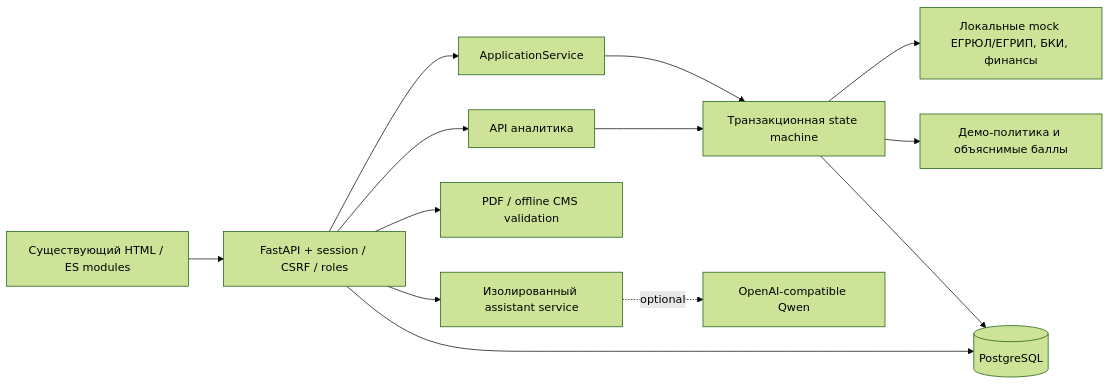
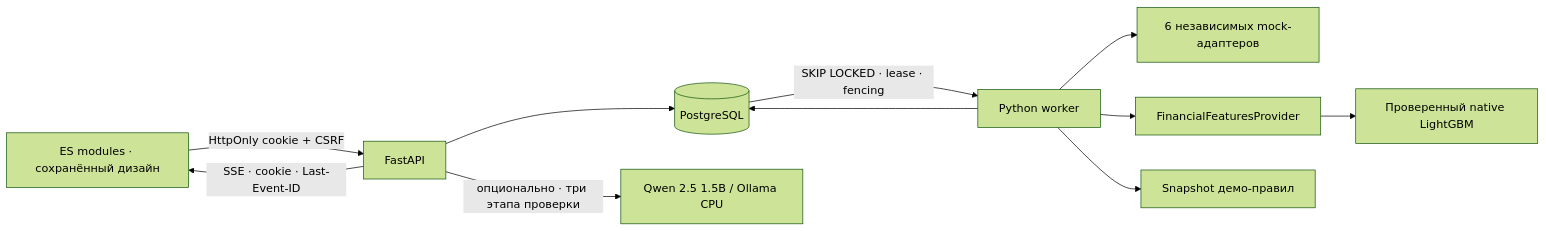
The first of 3 diagrams in docs/design.md (r7zex/alfa-hack-2026), drawn with Mermaid (forest theme) before and after one commit. The commit also changed other lines of this file and 94 other files, not shown here.

````diff
--- a/docs/design.md
+++ b/docs/design.md
@@ -3,15 +3,13 @@
 ```mermaid
 flowchart LR
-  UI[Существующий HTML / ES modules] --> API[FastAPI + session / CSRF / roles]
-  API --> Draft[ApplicationService]
-  API --> Analyst[API аналитика]
-  Draft --> Workflow[Транзакционная state machine]
-  Analyst --> Workflow
-  Workflow --> Sources[Локальные mock ЕГРЮЛ/ЕГРИП, БКИ, финансы]
-  Workflow --> Policy[Демо-политика и объяснимые баллы]
-  API --> PDF[PDF / offline CMS validation]
-  API --> Chat[Изолированный assistant service]
-  Chat -. optional .-> Qwen[OpenAI-compatible Qwen]
+  UI[ES modules · сохранённый дизайн] -->|HttpOnly cookie + CSRF| API[FastAPI]
   API --> PG[(PostgreSQL)]
-  Workflow --> PG
+  API -->|SSE · cookie · Last-Event-ID| UI
+  PG -->|SKIP LOCKED · lease · fencing| Worker[Python worker]
+  Worker --> Sources[6 независимых mock-адаптеров]
+  Worker --> Features[FinancialFeaturesProvider]
+  Features --> Native[Проверенный native LightGBM]
+  Worker --> Rules[Snapshot демо-правил]
+  Worker --> PG
+  API -->|опционально · три этапа проверки| Qwen[Qwen 2.5 1.5B / Ollama CPU]
 ```
````
